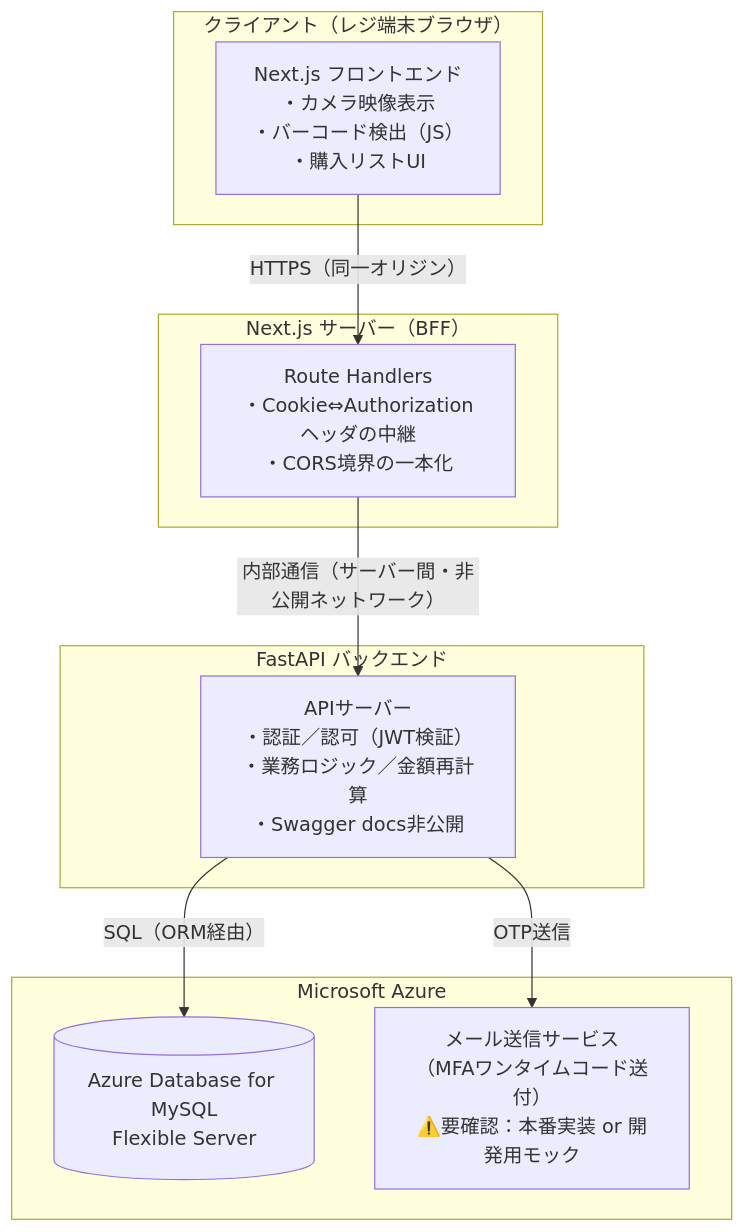
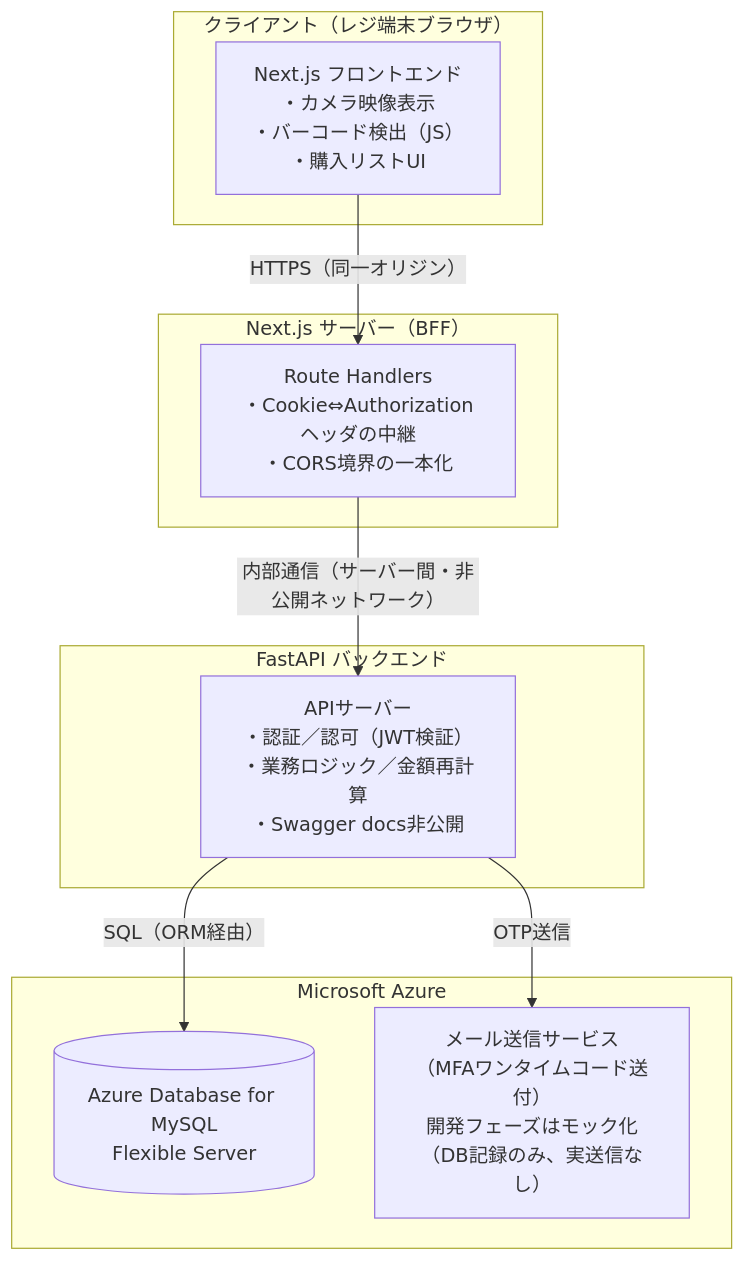
Before and after one commit to norikotsuchiya2023/tech0-pos-lv2: the first of 10 diagrams in design_specification.md, drawn with Mermaid. The commit also changed other lines of this file, not shown here.

````diff
--- a/design_specification.md
+++ b/design_specification.md
@@ -41,21 +41,21 @@
 ```mermaid
 graph TB
     subgraph Client["クライアント（レジ端末ブラウザ）"]
         A["Next.js フロントエンド<br/>・カメラ映像表示<br/>・バーコード検出（JS）<br/>・購入リストUI"]
     end
     subgraph FE_Server["Next.js サーバー（BFF）"]
         B["Route Handlers<br/>・Cookie⇔Authorizationヘッダの中継<br/>・CORS境界の一本化"]
     end
     subgraph BE_Server["FastAPI バックエンド"]
         C["APIサーバー<br/>・認証／認可（JWT検証）<br/>・業務ロジック／金額再計算<br/>・Swagger docs非公開"]
     end
     subgraph AzureCloud["Microsoft Azure"]
         D[("Azure Database for MySQL<br/>Flexible Server")]
-        E["メール送信サービス<br/>（MFAワンタイムコード送付）<br/>⚠️要確認：本番実装 or 開発用モック"]
+        E["メール送信サービス<br/>（MFAワンタイムコード送付）<br/>開発フェーズはモック化（DB記録のみ、実送信なし）"]
     end
 
     A -- "HTTPS（同一オリジン）" --> B
     B -- "内部通信（サーバー間・非公開ネットワーク）" --> C
     C -- "SQL（ORM経由）" --> D
     C -- "OTP送信" --> E
 ```
````
